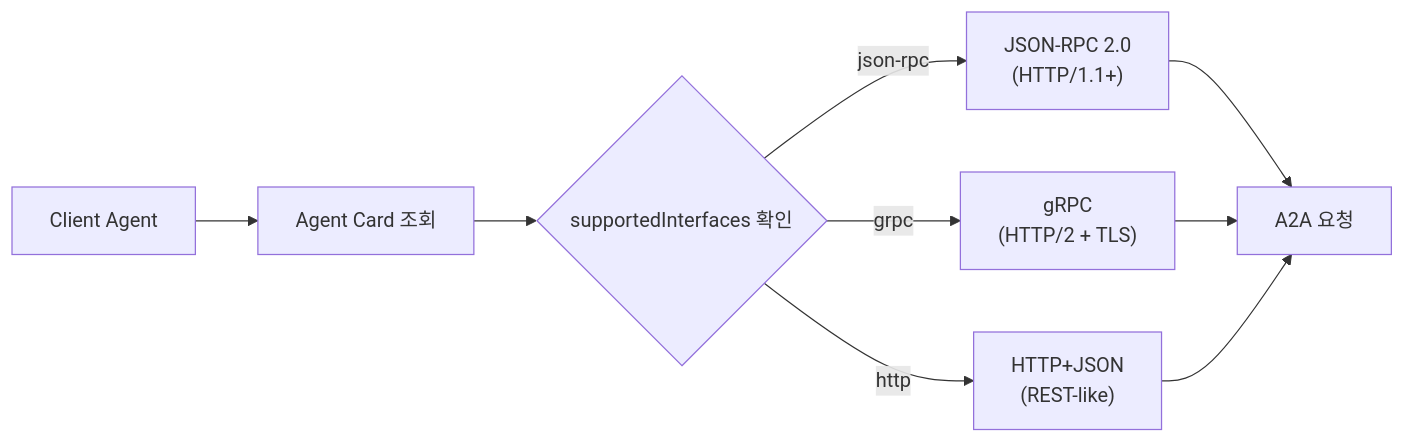
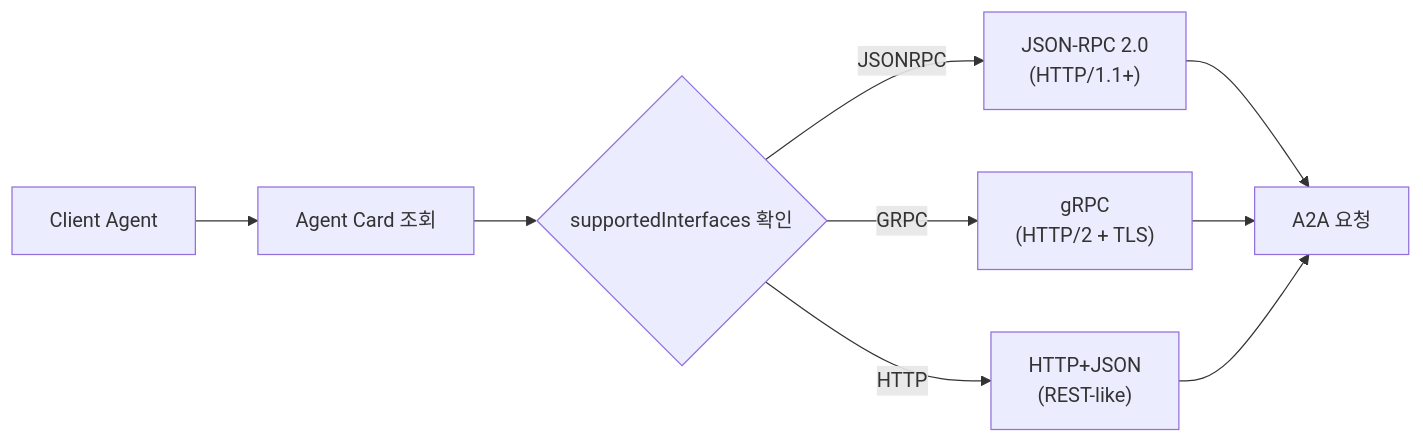
One commit to kimchanhyung98/agentic-workflows changed the seventh of 8 diagrams in a2a/00-diagram.md. Above: the diagram before and after it, drawn with Mermaid. The commit also changed 5 other files, not shown here.

````diff
--- a/a2a/00-diagram.md
+++ b/a2a/00-diagram.md
@@ -118,11 +118,11 @@
 ```mermaid
 flowchart LR
     C["Client Agent"] --> AC["Agent Card 조회"]
     AC --> IF{"supportedInterfaces 확인"}
-    IF -->|"json-rpc"| JR["JSON-RPC 2.0<br/>(HTTP/1.1+)"]
-    IF -->|"grpc"| GR["gRPC<br/>(HTTP/2 + TLS)"]
-    IF -->|"http"| HT["HTTP+JSON<br/>(REST-like)"]
+    IF -->|"JSONRPC"| JR["JSON-RPC 2.0<br/>(HTTP/1.1+)"]
+    IF -->|"GRPC"| GR["gRPC<br/>(HTTP/2 + TLS)"]
+    IF -->|"HTTP"| HT["HTTP+JSON<br/>(REST-like)"]
     JR --> REQ["A2A 요청"]
     GR --> REQ
     HT --> REQ
 ```
````
